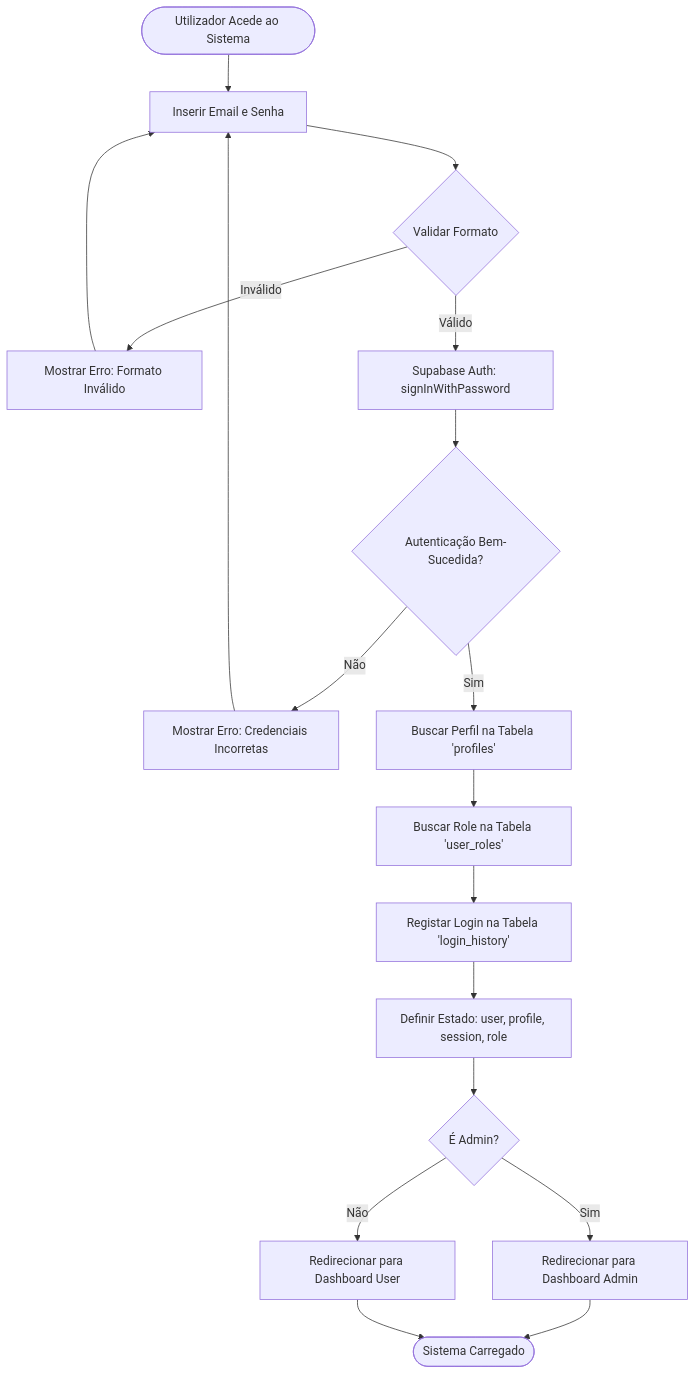
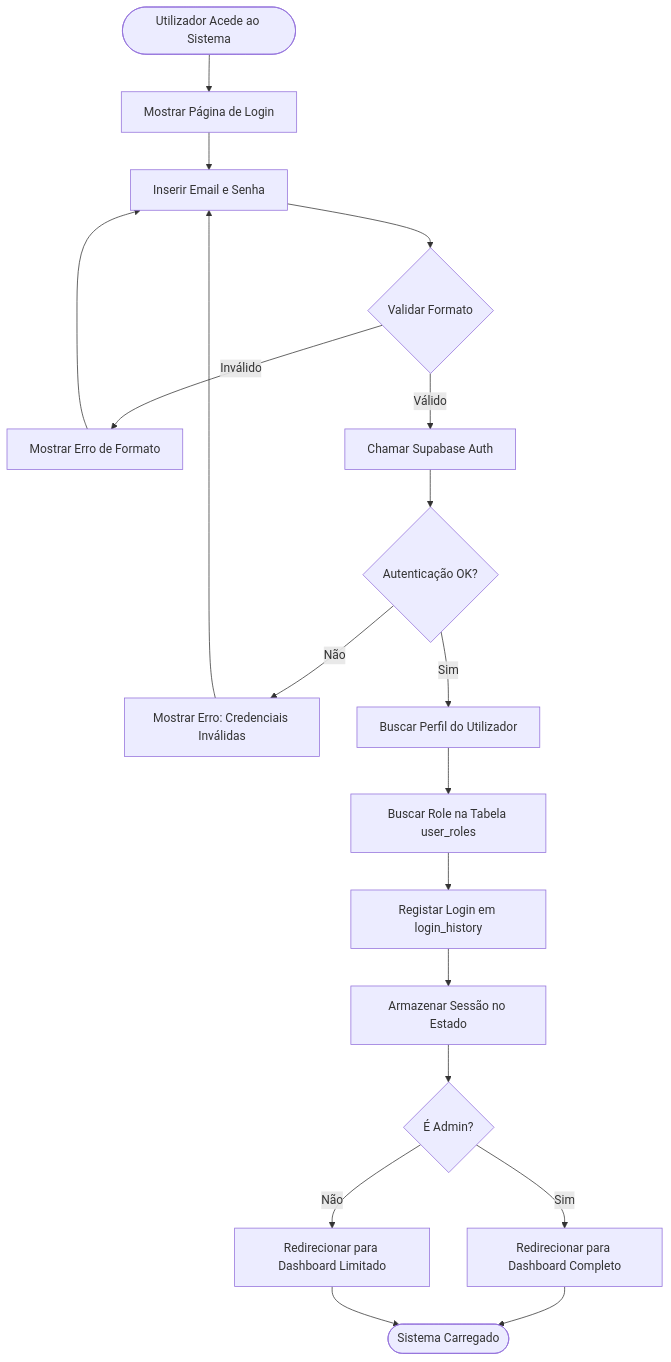
The second of 10 diagrams in DOCUMENTACAO_TECNICA_COMPLETA.md (Nilton-Ramim-Pita/ncangaza-debt-watch), drawn with Mermaid before and after one commit. The commit also changed other lines of this file, not shown here.

````diff
--- a/DOCUMENTACAO_TECNICA_COMPLETA.md
+++ b/DOCUMENTACAO_TECNICA_COMPLETA.md
@@ -967,20 +283,27 @@
 ```mermaid
 flowchart TD
-    Start([Utilizador Acede ao Sistema]) --> Input[Inserir Email e Senha]
-    Input --> Validate{Validar Formato}
-    Validate -->|Inválido| Error1[Mostrar Erro: Formato Inválido]
-    Error1 --> Input
-    Validate -->|Válido| Auth[Supabase Auth: signInWithPassword]
-    Auth --> CheckAuth{Autenticação Bem-Sucedida?}
-    CheckAuth -->|Não| Error2[Mostrar Erro: Credenciais Incorretas]
-    Error2 --> Input
-    CheckAuth -->|Sim| GetProfile[Buscar Perfil na Tabela 'profiles']
-    GetProfile --> GetRole[Buscar Role na Tabela 'user_roles']
-    GetRole --> LogActivity[Registar Login na Tabela 'login_history']
-    LogActivity --> SetState[Definir Estado: user, profile, session, role]
-    SetState --> Redirect{É Admin?}
-    Redirect -->|Sim| DashboardAdmin[Redirecionar para Dashboard Admin]
-    Redirect -->|Não| DashboardUser[Redirecionar para Dashboard User]
-    DashboardAdmin --> End([Sistema Carregado])
-    DashboardUser --> End
+    A([Utilizador Acede ao Sistema]) --> B[Mostrar Página de Login]
+    B --> C[Inserir Email e Senha]
+    C --> D{Validar Formato}
+    
+    D -->|Inválido| E[Mostrar Erro de Formato]
+    E --> C
+    
+    D -->|Válido| F[Chamar Supabase Auth]
+    F --> G{Autenticação OK?}
+    
+    G -->|Não| H[Mostrar Erro: Credenciais Inválidas]
+    H --> C
+    
+    G -->|Sim| I[Buscar Perfil do Utilizador]
+    I --> J[Buscar Role na Tabela user_roles]
+    J --> K[Registar Login em login_history]
+    K --> L[Armazenar Sessão no Estado]
+    L --> M{É Admin?}
+    
+    M -->|Sim| N[Redirecionar para Dashboard Completo]
+    M -->|Não| O[Redirecionar para Dashboard Limitado]
+    
+    N --> P([Sistema Carregado])
+    O --> P
 ```
````
